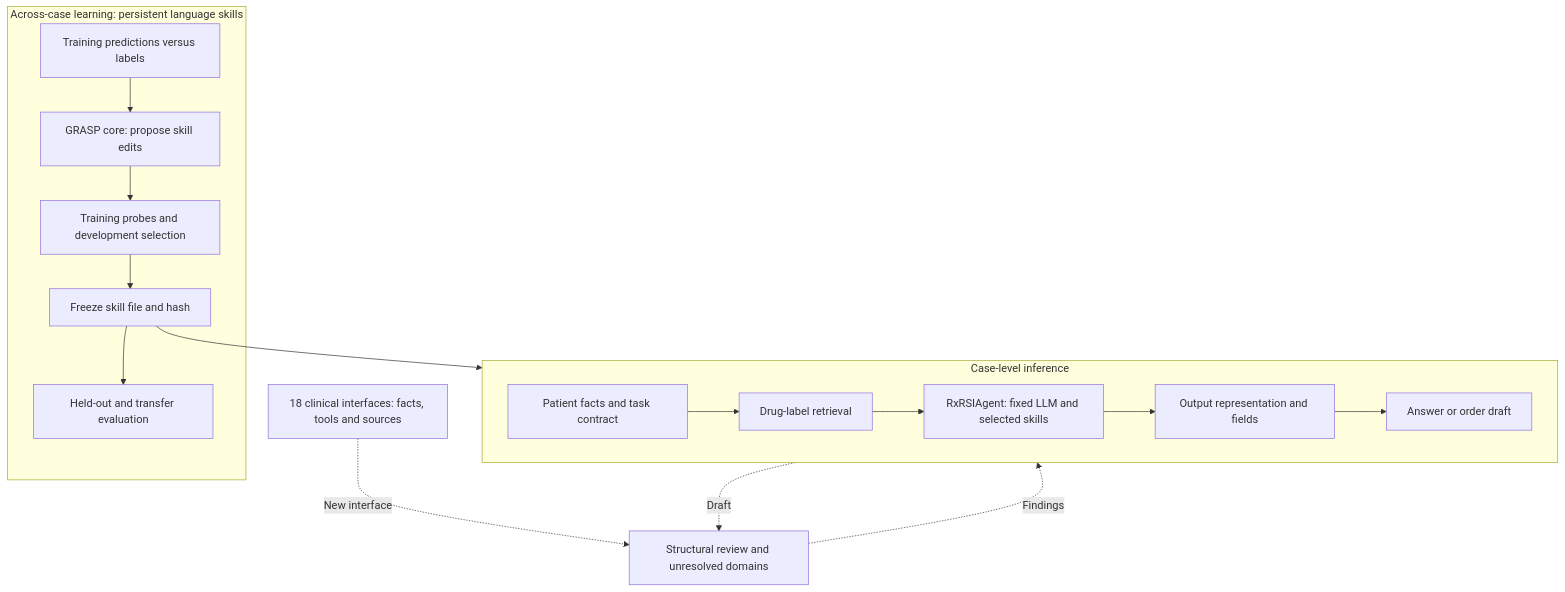
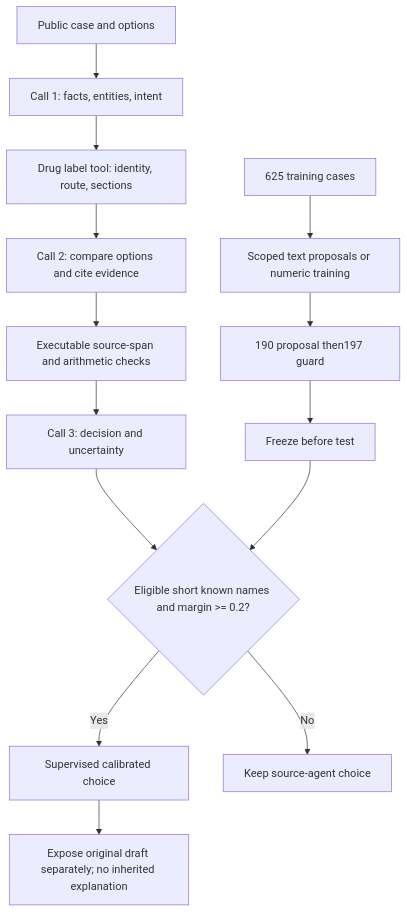
One commit to ZaneLing/PRISMATIC changed the diagram in paper/RXRSI_DESIGN.en.md. Above: the diagram before and after it, drawn with Mermaid. The commit also changed other lines of this file and 114 other files, not shown here.

Commit message:
Improve RxRSIAgent evidence workflow and audit calibrated benchmark gains

````diff
--- a/paper/RXRSI_DESIGN.en.md
+++ b/paper/RXRSI_DESIGN.en.md
@@ -17,20 +5,16 @@
 ```mermaid
-flowchart TB
-  subgraph R[Case-level inference]
-    direction LR
-    A[Patient facts and task contract] --> B[Drug-label retrieval]
-    B --> C[RxRSIAgent: fixed LLM and selected skills]
-    C --> D[Output representation and fields]
-    D --> E[Answer or order draft]
-  end
-  J[18 clinical interfaces: facts, tools and sources] -. New interface .-> V[Structural review and unresolved domains]
-  C -. Draft .-> V
-  V -. Findings .-> D
-  subgraph L[Across-case learning: persistent language skills]
-    F[Training predictions versus labels] --> G[GRASP core: propose skill edits]
-    G --> H[Training probes and development selection]
-    H --> K[Freeze skill file and hash]
-    K --> T[Held-out and transfer evaluation]
-  end
-  K --> C
+flowchart TD
+ A[Public case and options] --> B[Call 1: facts, entities, intent]
+ B --> C[Drug label tool: identity, route, sections]
+ C --> D[Call 2: compare options and cite evidence]
+ D --> E[Executable source-span and arithmetic checks]
+ E --> F[Call 3: decision and uncertainty]
+ F --> G{Eligible short known names and margin >= 0.2?}
+ G -- Yes --> H[Supervised calibrated choice]
+ G -- No --> I[Keep source-agent choice]
+ J[625 training cases] --> K[Scoped text proposals or numeric training]
+ K --> L[190 proposal then197 guard]
+ L --> M[Freeze before test]
+ M --> G
+ H --> N[Expose original draft separately; no inherited explanation]
 ```
````
